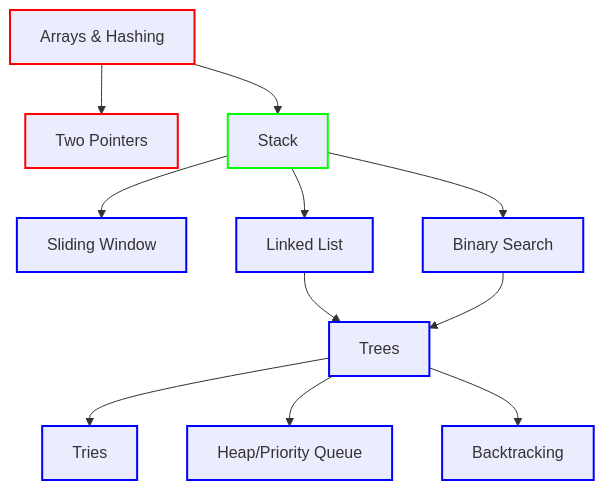
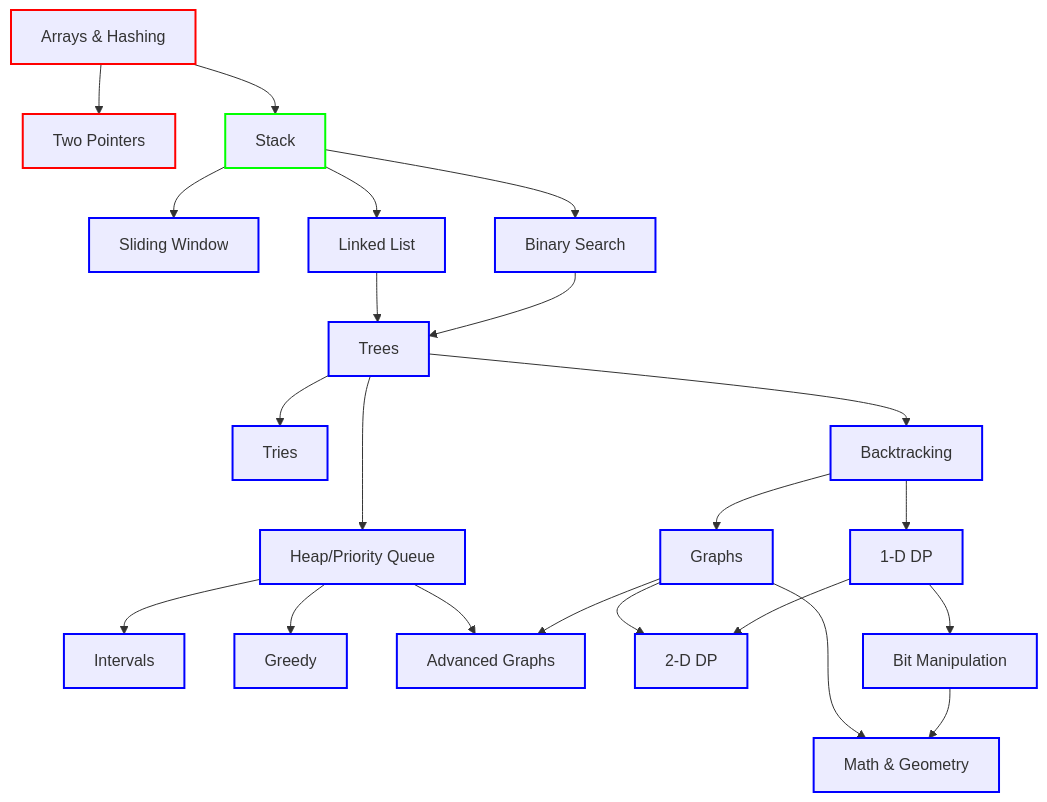
The diagram in README.md (Tetsu-is/neet-code), drawn with Mermaid before and after one commit. The commit also changed other lines of this file, not shown here.

Commit message:
add node

````diff
--- a/README.md
+++ b/README.md
@@ -9,28 +9,47 @@
 ```mermaid
 graph TD;
     classDef completed stroke:#f00,stroke-width:2px;
     classDef inProgress stroke:#0f0,stroke-width:2px;
     classDef notStarted stroke:#00f,stroke-width:2px;
 
     A[Arrays & Hashing]:::completed;
     B[Two Pointers]:::completed;
     C[Stack]:::inProgress;
     D[Sliding Window]:::notStarted;
     E[Linked List]:::notStarted;
     F[Binary Search]:::notStarted;
     G[Trees]:::notStarted;
     H[Tries]:::notStarted;
     I[Heap/Priority Queue]:::notStarted;
     J[Backtracking]:::notStarted;
+    K[Intervals]:::notStarted;
+    L[Greedy]:::notStarted;
+    M[Advanced Graphs]:::notStarted;
+    N[Graphs]:::notStarted;
+    O[1-D DP]:::notStarted;
+    P[2-D DP]:::notStarted;
+    Q[Bit Manipulation]:::notStarted;
+    R[Math & Geometry]:::notStarted;
 
     A --> B;
     A --> C;
     C --> D;
     C --> E;
     C --> F;
     E --> G;
     F --> G;
     G --> H;
     G --> I;
     G --> J;
+    I --> K;
+    I --> L;
+    I --> M;
+    J --> N;
+    J --> O;
+    N --> M;
+    N --> P;
+    N --> R;
+    O --> P;
+    O --> Q;
+    Q --> R;
 ```
````
